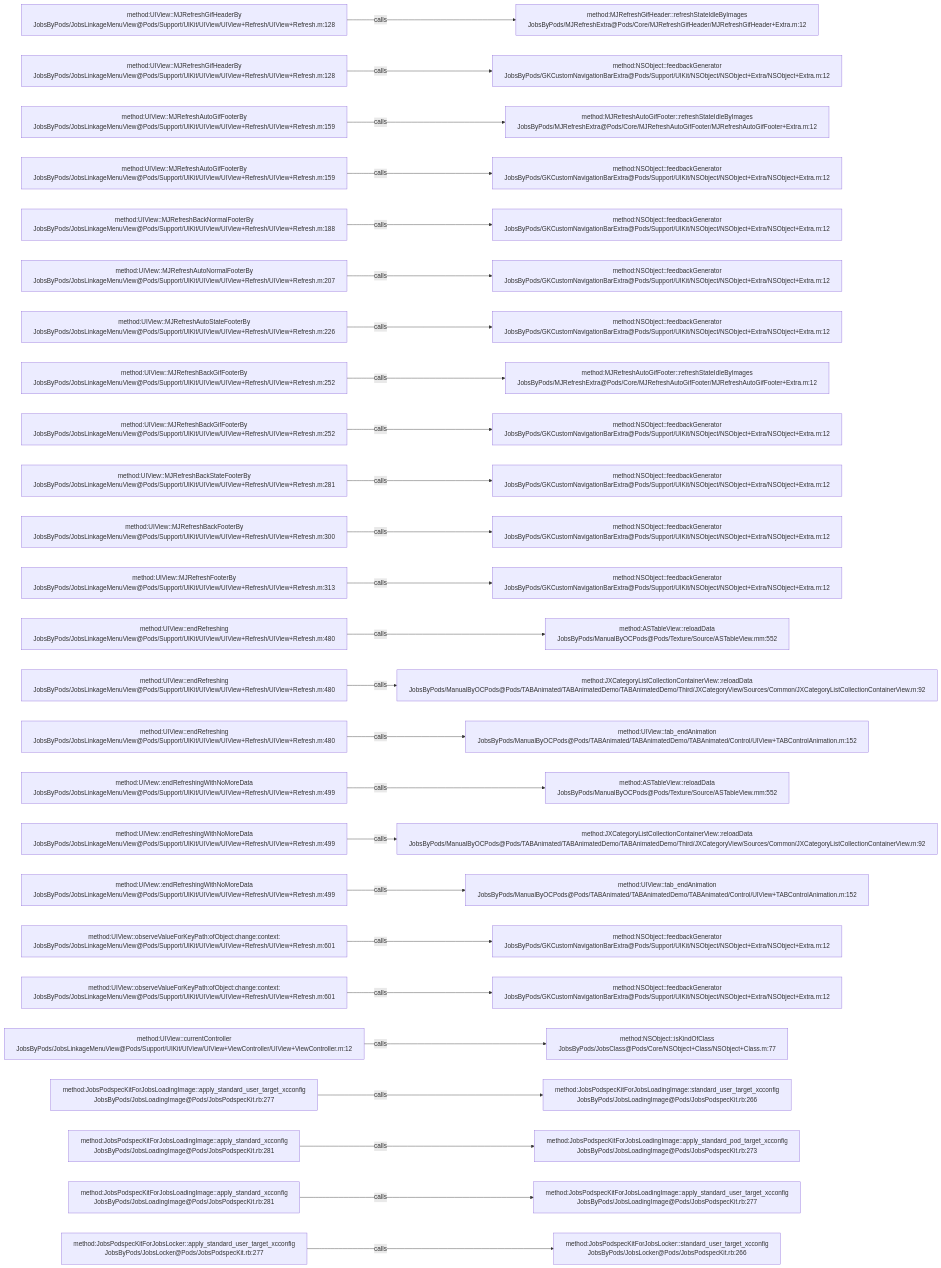
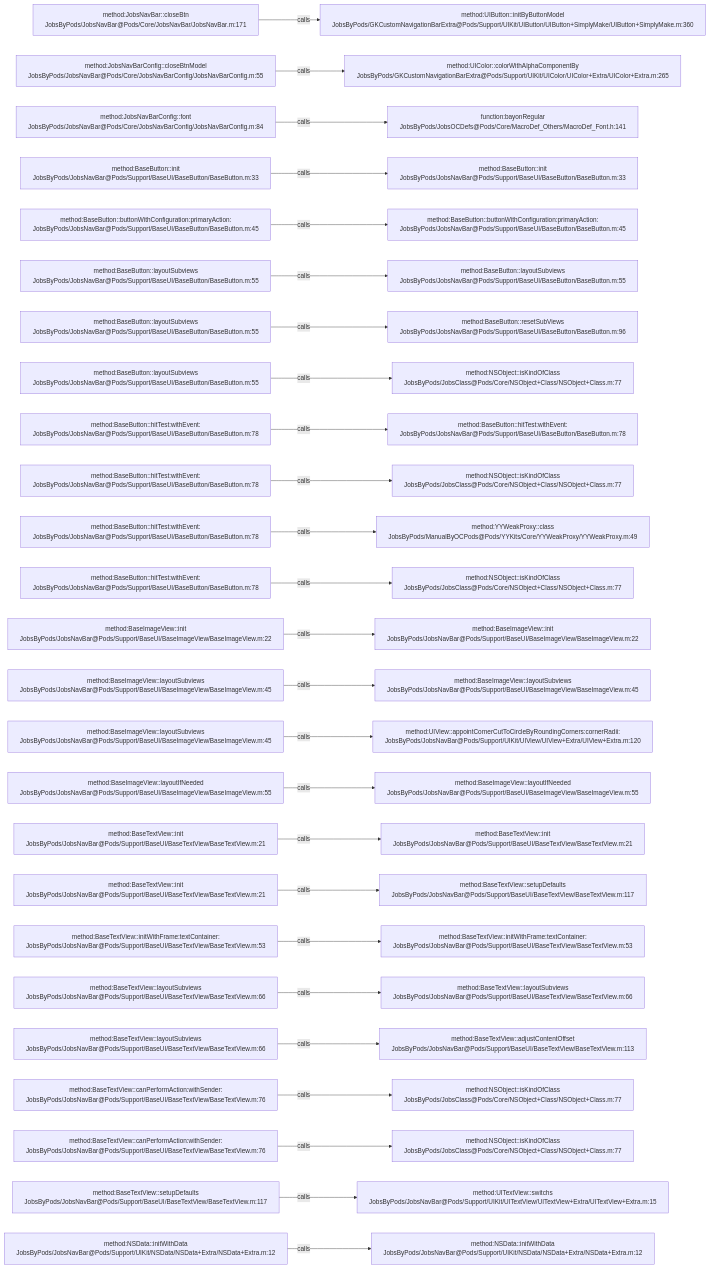
Before and after one commit to JobsKits/JobsOCBaseConfigDemo: the diagram in .codegraph/codegraph.md/graphs/calls-111.md, drawn with Mermaid. The commit also changed 639 other files, not shown here.

````diff
--- a/.codegraph/codegraph.md/graphs/calls-111.md
+++ b/.codegraph/codegraph.md/graphs/calls-111.md
@@ -13,78 +13,78 @@
 ```mermaid
 flowchart LR
-  S1["method:UIView::MJRefreshGifHeaderBy<br/>JobsByPods/JobsLinkageMenuView@Pods/Support/UIKit/UIView/UIView+Refresh/UIView+Refresh.m:128"]
-  T1["method:MJRefreshGifHeader::refreshStateIdleByImages<br/>JobsByPods/MJRefreshExtra@Pods/Core/MJRefreshGifHeader/MJRefreshGifHeader+Extra.m:12"]
+  S1["method:JobsNavBar::closeBtn<br/>JobsByPods/JobsNavBar@Pods/Core/JobsNavBar/JobsNavBar.m:171"]
+  T1["method:UIButton::initByButtonModel<br/>JobsByPods/GKCustomNavigationBarExtra@Pods/Support/UIKit/UIButton/UIButton+SimplyMake/UIButton+SimplyMake.m:360"]
   S1 -->|calls| T1
-  S2["method:UIView::MJRefreshGifHeaderBy<br/>JobsByPods/JobsLinkageMenuView@Pods/Support/UIKit/UIView/UIView+Refresh/UIView+Refresh.m:128"]
-  T2["method:NSObject::feedbackGenerator<br/>JobsByPods/GKCustomNavigationBarExtra@Pods/Support/UIKit/NSObject/NSObject+Extra/NSObject+Extra.m:12"]
+  S2["method:JobsNavBarConfig::closeBtnModel<br/>JobsByPods/JobsNavBar@Pods/Core/JobsNavBarConfig/JobsNavBarConfig.m:55"]
+  T2["method:UIColor::colorWithAlphaComponentBy<br/>JobsByPods/GKCustomNavigationBarExtra@Pods/Support/UIKit/UIColor/UIColor+Extra/UIColor+Extra.m:265"]
   S2 -->|calls| T2
-  S3["method:UIView::MJRefreshAutoGifFooterBy<br/>JobsByPods/JobsLinkageMenuView@Pods/Support/UIKit/UIView/UIView+Refresh/UIView+Refresh.m:159"]
-  T3["method:MJRefreshAutoGifFooter::refreshStateIdleByImages<br/>JobsByPods/MJRefreshExtra@Pods/Core/MJRefreshAutoGifFooter/MJRefreshAutoGifFooter+Extra.m:12"]
+  S3["method:JobsNavBarConfig::font<br/>JobsByPods/JobsNavBar@Pods/Core/JobsNavBarConfig/JobsNavBarConfig.m:84"]
+  T3["function:bayonRegular<br/>JobsByPods/JobsOCDefs@Pods/Core/MacroDef_Others/MacroDef_Font.h:141"]
   S3 -->|calls| T3
-  S4["method:UIView::MJRefreshAutoGifFooterBy<br/>JobsByPods/JobsLinkageMenuView@Pods/Support/UIKit/UIView/UIView+Refresh/UIView+Refresh.m:159"]
-  T4["method:NSObject::feedbackGenerator<br/>JobsByPods/GKCustomNavigationBarExtra@Pods/Support/UIKit/NSObject/NSObject+Extra/NSObject+Extra.m:12"]
+  S4["method:BaseButton::init<br/>JobsByPods/JobsNavBar@Pods/Support/BaseUI/BaseButton/BaseButton.m:33"]
+  T4["method:BaseButton::init<br/>JobsByPods/JobsNavBar@Pods/Support/BaseUI/BaseButton/BaseButton.m:33"]
   S4 -->|calls| T4
-  S5["method:UIView::MJRefreshBackNormalFooterBy<br/>JobsByPods/JobsLinkageMenuView@Pods/Support/UIKit/UIView/UIView+Refresh/UIView+Refresh.m:188"]
-  T5["method:NSObject::feedbackGenerator<br/>JobsByPods/GKCustomNavigationBarExtra@Pods/Support/UIKit/NSObject/NSObject+Extra/NSObject+Extra.m:12"]
+  S5["method:BaseButton::buttonWithConfiguration:primaryAction:<br/>JobsByPods/JobsNavBar@Pods/Support/BaseUI/BaseButton/BaseButton.m:45"]
+  T5["method:BaseButton::buttonWithConfiguration:primaryAction:<br/>JobsByPods/JobsNavBar@Pods/Support/BaseUI/BaseButton/BaseButton.m:45"]
   S5 -->|calls| T5
-  S6["method:UIView::MJRefreshAutoNormalFooterBy<br/>JobsByPods/JobsLinkageMenuView@Pods/Support/UIKit/UIView/UIView+Refresh/UIView+Refresh.m:207"]
-  T6["method:NSObject::feedbackGenerator<br/>JobsByPods/GKCustomNavigationBarExtra@Pods/Support/UIKit/NSObject/NSObject+Extra/NSObject+Extra.m:12"]
+  S6["method:BaseButton::layoutSubviews<br/>JobsByPods/JobsNavBar@Pods/Support/BaseUI/BaseButton/BaseButton.m:55"]
+  T6["method:BaseButton::layoutSubviews<br/>JobsByPods/JobsNavBar@Pods/Support/BaseUI/BaseButton/BaseButton.m:55"]
   S6 -->|calls| T6
-  S7["method:UIView::MJRefreshAutoStateFooterBy<br/>JobsByPods/JobsLinkageMenuView@Pods/Support/UIKit/UIView/UIView+Refresh/UIView+Refresh.m:226"]
-  T7["method:NSObject::feedbackGenerator<br/>JobsByPods/GKCustomNavigationBarExtra@Pods/Support/UIKit/NSObject/NSObject+Extra/NSObject+Extra.m:12"]
+  S7["method:BaseButton::layoutSubviews<br/>JobsByPods/JobsNavBar@Pods/Support/BaseUI/BaseButton/BaseButton.m:55"]
+  T7["method:BaseButton::resetSubViews<br/>JobsByPods/JobsNavBar@Pods/Support/BaseUI/BaseButton/BaseButton.m:96"]
   S7 -->|calls| T7
-  S8["method:UIView::MJRefreshBackGifFooterBy<br/>JobsByPods/JobsLinkageMenuView@Pods/Support/UIKit/UIView/UIView+Refresh/UIView+Refresh.m:252"]
-  T8["method:MJRefreshAutoGifFooter::refreshStateIdleByImages<br/>JobsByPods/MJRefreshExtra@Pods/Core/MJRefreshAutoGifFooter/MJRefreshAutoGifFooter+Extra.m:12"]
+  S8["method:BaseButton::layoutSubviews<br/>JobsByPods/JobsNavBar@Pods/Support/BaseUI/BaseButton/BaseButton.m:55"]
+  T8["method:NSObject::isKindOfClass<br/>JobsByPods/JobsClass@Pods/Core/NSObject+Class/NSObject+Class.m:77"]
   S8 -->|calls| T8
-  S9["method:UIView::MJRefreshBackGifFooterBy<br/>JobsByPods/JobsLinkageMenuView@Pods/Support/UIKit/UIView/UIView+Refresh/UIView+Refresh.m:252"]
-  T9["method:NSObject::feedbackGenerator<br/>JobsByPods/GKCustomNavigationBarExtra@Pods/Support/UIKit/NSObject/NSObject+Extra/NSObject+Extra.m:12"]
+  S9["method:BaseButton::hitTest:withEvent:<br/>JobsByPods/JobsNavBar@Pods/Support/BaseUI/BaseButton/BaseButton.m:78"]
+  T9["method:BaseButton::hitTest:withEvent:<br/>JobsByPods/JobsNavBar@Pods/Support/BaseUI/BaseButton/BaseButton.m:78"]
   S9 -->|calls| T9
-  S10["method:UIView::MJRefreshBackStateFooterBy<br/>JobsByPods/JobsLinkageMenuView@Pods/Support/UIKit/UIView/UIView+Refresh/UIView+Refresh.m:281"]
-  T10["method:NSObject::feedbackGenerator<br/>JobsByPods/GKCustomNavigationBarExtra@Pods/Support/UIKit/NSObject/NSObject+Extra/NSObject+Extra.m:12"]
+  S10["method:BaseButton::hitTest:withEvent:<br/>JobsByPods/JobsNavBar@Pods/Support/BaseUI/BaseButton/BaseButton.m:78"]
+  T10["method:NSObject::isKindOfClass<br/>JobsByPods/JobsClass@Pods/Core/NSObject+Class/NSObject+Class.m:77"]
   S10 -->|calls| T10
-  S11["method:UIView::MJRefreshBackFooterBy<br/>JobsByPods/JobsLinkageMenuView@Pods/Support/UIKit/UIView/UIView+Refresh/UIView+Refresh.m:300"]
-  T11["method:NSObject::feedbackGenerator<br/>JobsByPods/GKCustomNavigationBarExtra@Pods/Support/UIKit/NSObject/NSObject+Extra/NSObject+Extra.m:12"]
+  S11["method:BaseButton::hitTest:withEvent:<br/>JobsByPods/JobsNavBar@Pods/Support/BaseUI/BaseButton/BaseButton.m:78"]
+  T11["method:YYWeakProxy::class<br/>JobsByPods/ManualByOCPods@Pods/YYKits/Core/YYWeakProxy/YYWeakProxy.m:49"]
   S11 -->|calls| T11
-  S12["method:UIView::MJRefreshFooterBy<br/>JobsByPods/JobsLinkageMenuView@Pods/Support/UIKit/UIView/UIView+Refresh/UIView+Refresh.m:313"]
-  T12["method:NSObject::feedbackGenerator<br/>JobsByPods/GKCustomNavigationBarExtra@Pods/Support/UIKit/NSObject/NSObject+Extra/NSObject+Extra.m:12"]
+  S12["method:BaseButton::hitTest:withEvent:<br/>JobsByPods/JobsNavBar@Pods/Support/BaseUI/BaseButton/BaseButton.m:78"]
+  T12["method:NSObject::isKindOfClass<br/>JobsByPods/JobsClass@Pods/Core/NSObject+Class/NSObject+Class.m:77"]
   S12 -->|calls| T12
-  S13["method:UIView::endRefreshing<br/>JobsByPods/JobsLinkageMenuView@Pods/Support/UIKit/UIView/UIView+Refresh/UIView+Refresh.m:480"]
-  T13["method:ASTableView::reloadData<br/>JobsByPods/ManualByOCPods@Pods/Texture/Source/ASTableView.mm:552"]
+  S13["method:BaseImageView::init<br/>JobsByPods/JobsNavBar@Pods/Support/BaseUI/BaseImageView/BaseImageView.m:22"]
+  T13["method:BaseImageView::init<br/>JobsByPods/JobsNavBar@Pods/Support/BaseUI/BaseImageView/BaseImageView.m:22"]
   S13 -->|calls| T13
-  S14["method:UIView::endRefreshing<br/>JobsByPods/JobsLinkageMenuView@Pods/Support/UIKit/UIView/UIView+Refresh/UIView+Refresh.m:480"]
-  T14["method:JXCategoryListCollectionContainerView::reloadData<br/>JobsByPods/ManualByOCPods@Pods/TABAnimated/TABAnimatedDemo/TABAnimatedDemo/Third/JXCategoryView/Sources/Common/JXCategoryListCollectionContainerView.m:92"]
+  S14["method:BaseImageView::layoutSubviews<br/>JobsByPods/JobsNavBar@Pods/Support/BaseUI/BaseImageView/BaseImageView.m:45"]
+  T14["method:BaseImageView::layoutSubviews<br/>JobsByPods/JobsNavBar@Pods/Support/BaseUI/BaseImageView/BaseImageView.m:45"]
   S14 -->|calls| T14
-  S15["method:UIView::endRefreshing<br/>JobsByPods/JobsLinkageMenuView@Pods/Support/UIKit/UIView/UIView+Refresh/UIView+Refresh.m:480"]
-  T15["method:UIView::tab_endAnimation<br/>JobsByPods/ManualByOCPods@Pods/TABAnimated/TABAnimatedDemo/TABAnimated/Control/UIView+TABControlAnimation.m:152"]
+  S15["method:BaseImageView::layoutSubviews<br/>JobsByPods/JobsNavBar@Pods/Support/BaseUI/BaseImageView/BaseImageView.m:45"]
+  T15["method:UIView::appointCornerCutToCircleByRoundingCorners:cornerRadii:<br/>JobsByPods/JobsNavBar@Pods/Support/UIKit/UIView/UIView+Extra/UIView+Extra.m:120"]
   S15 -->|calls| T15
-  S16["method:UIView::endRefreshingWithNoMoreData<br/>JobsByPods/JobsLinkageMenuView@Pods/Support/UIKit/UIView/UIView+Refresh/UIView+Refresh.m:499"]
-  T16["method:ASTableView::reloadData<br/>JobsByPods/ManualByOCPods@Pods/Texture/Source/ASTableView.mm:552"]
+  S16["method:BaseImageView::layoutIfNeeded<br/>JobsByPods/JobsNavBar@Pods/Support/BaseUI/BaseImageView/BaseImageView.m:55"]
+  T16["method:BaseImageView::layoutIfNeeded<br/>JobsByPods/JobsNavBar@Pods/Support/BaseUI/BaseImageView/BaseImageView.m:55"]
   S16 -->|calls| T16
-  S17["method:UIView::endRefreshingWithNoMoreData<br/>JobsByPods/JobsLinkageMenuView@Pods/Support/UIKit/UIView/UIView+Refresh/UIView+Refresh.m:499"]
-  T17["method:JXCategoryListCollectionContainerView::reloadData<br/>JobsByPods/ManualByOCPods@Pods/TABAnimated/TABAnimatedDemo/TABAnimatedDemo/Third/JXCategoryView/Sources/Common/JXCategoryListCollectionContainerView.m:92"]
+  S17["method:BaseTextView::init<br/>JobsByPods/JobsNavBar@Pods/Support/BaseUI/BaseTextView/BaseTextView.m:21"]
+  T17["method:BaseTextView::init<br/>JobsByPods/JobsNavBar@Pods/Support/BaseUI/BaseTextView/BaseTextView.m:21"]
   S17 -->|calls| T17
-  S18["method:UIView::endRefreshingWithNoMoreData<br/>JobsByPods/JobsLinkageMenuView@Pods/Support/UIKit/UIView/UIView+Refresh/UIView+Refresh.m:499"]
-  T18["method:UIView::tab_endAnimation<br/>JobsByPods/ManualByOCPods@Pods/TABAnimated/TABAnimatedDemo/TABAnimated/Control/UIView+TABControlAnimation.m:152"]
+  S18["method:BaseTextView::init<br/>JobsByPods/JobsNavBar@Pods/Support/BaseUI/BaseTextView/BaseTextView.m:21"]
+  T18["method:BaseTextView::setupDefaults<br/>JobsByPods/JobsNavBar@Pods/Support/BaseUI/BaseTextView/BaseTextView.m:117"]
   S18 -->|calls| T18
-  S19["method:UIView::observeValueForKeyPath:ofObject:change:context:<br/>JobsByPods/JobsLinkageMenuView@Pods/Support/UIKit/UIView/UIView+Refresh/UIView+Refresh.m:601"]
-  T19["method:NSObject::feedbackGenerator<br/>JobsByPods/GKCustomNavigationBarExtra@Pods/Support/UIKit/NSObject/NSObject+Extra/NSObject+Extra.m:12"]
+  S19["method:BaseTextView::initWithFrame:textContainer:<br/>JobsByPods/JobsNavBar@Pods/Support/BaseUI/BaseTextView/BaseTextView.m:53"]
+  T19["method:BaseTextView::initWithFrame:textContainer:<br/>JobsByPods/JobsNavBar@Pods/Support/BaseUI/BaseTextView/BaseTextView.m:53"]
   S19 -->|calls| T19
-  S20["method:UIView::observeValueForKeyPath:ofObject:change:context:<br/>JobsByPods/JobsLinkageMenuView@Pods/Support/UIKit/UIView/UIView+Refresh/UIView+Refresh.m:601"]
-  T20["method:NSObject::feedbackGenerator<br/>JobsByPods/GKCustomNavigationBarExtra@Pods/Support/UIKit/NSObject/NSObject+Extra/NSObject+Extra.m:12"]
+  S20["method:BaseTextView::layoutSubviews<br/>JobsByPods/JobsNavBar@Pods/Support/BaseUI/BaseTextView/BaseTextView.m:66"]
+  T20["method:BaseTextView::layoutSubviews<br/>JobsByPods/JobsNavBar@Pods/Support/BaseUI/BaseTextView/BaseTextView.m:66"]
   S20 -->|calls| T20
-  S21["method:UIView::currentController<br/>JobsByPods/JobsLinkageMenuView@Pods/Support/UIKit/UIView/UIView+ViewController/UIView+ViewController.m:12"]
-  T21["method:NSObject::isKindOfClass<br/>JobsByPods/JobsClass@Pods/Core/NSObject+Class/NSObject+Class.m:77"]
+  S21["method:BaseTextView::layoutSubviews<br/>JobsByPods/JobsNavBar@Pods/Support/BaseUI/BaseTextView/BaseTextView.m:66"]
+  T21["method:BaseTextView::adjustContentOffset<br/>JobsByPods/JobsNavBar@Pods/Support/BaseUI/BaseTextView/BaseTextView.m:113"]
   S21 -->|calls| T21
-  S22["method:JobsPodspecKitForJobsLoadingImage::apply_standard_user_target_xcconfig<br/>JobsByPods/JobsLoadingImage@Pods/JobsPodspecKit.rb:277"]
-  T22["method:JobsPodspecKitForJobsLoadingImage::standard_user_target_xcconfig<br/>JobsByPods/JobsLoadingImage@Pods/JobsPodspecKit.rb:266"]
+  S22["method:BaseTextView::canPerformAction:withSender:<br/>JobsByPods/JobsNavBar@Pods/Support/BaseUI/BaseTextView/BaseTextView.m:76"]
+  T22["method:NSObject::isKindOfClass<br/>JobsByPods/JobsClass@Pods/Core/NSObject+Class/NSObject+Class.m:77"]
   S22 -->|calls| T22
-  S23["method:JobsPodspecKitForJobsLoadingImage::apply_standard_xcconfig<br/>JobsByPods/JobsLoadingImage@Pods/JobsPodspecKit.rb:281"]
-  T23["method:JobsPodspecKitForJobsLoadingImage::apply_standard_pod_target_xcconfig<br/>JobsByPods/JobsLoadingImage@Pods/JobsPodspecKit.rb:273"]
+  S23["method:BaseTextView::canPerformAction:withSender:<br/>JobsByPods/JobsNavBar@Pods/Support/BaseUI/BaseTextView/BaseTextView.m:76"]
+  T23["method:NSObject::isKindOfClass<br/>JobsByPods/JobsClass@Pods/Core/NSObject+Class/NSObject+Class.m:77"]
   S23 -->|calls| T23
-  S24["method:JobsPodspecKitForJobsLoadingImage::apply_standard_xcconfig<br/>JobsByPods/JobsLoadingImage@Pods/JobsPodspecKit.rb:281"]
-  T24["method:JobsPodspecKitForJobsLoadingImage::apply_standard_user_target_xcconfig<br/>JobsByPods/JobsLoadingImage@Pods/JobsPodspecKit.rb:277"]
+  S24["method:BaseTextView::setupDefaults<br/>JobsByPods/JobsNavBar@Pods/Support/BaseUI/BaseTextView/BaseTextView.m:117"]
+  T24["method:UITextView::switchs<br/>JobsByPods/JobsNavBar@Pods/Support/UIKit/UITextView/UITextView+Extra/UITextView+Extra.m:15"]
   S24 -->|calls| T24
-  S25["method:JobsPodspecKitForJobsLocker::apply_standard_user_target_xcconfig<br/>JobsByPods/JobsLocker@Pods/JobsPodspecKit.rb:277"]
-  T25["method:JobsPodspecKitForJobsLocker::standard_user_target_xcconfig<br/>JobsByPods/JobsLocker@Pods/JobsPodspecKit.rb:266"]
+  S25["method:NSData::initWithData<br/>JobsByPods/JobsNavBar@Pods/Support/UIKit/NSData/NSData+Extra/NSData+Extra.m:12"]
+  T25["method:NSData::initWithData<br/>JobsByPods/JobsNavBar@Pods/Support/UIKit/NSData/NSData+Extra/NSData+Extra.m:12"]
   S25 -->|calls| T25
 ```
````
